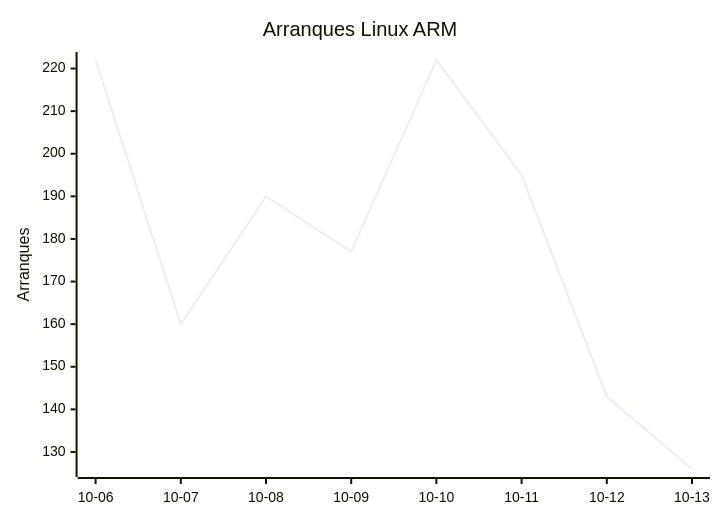
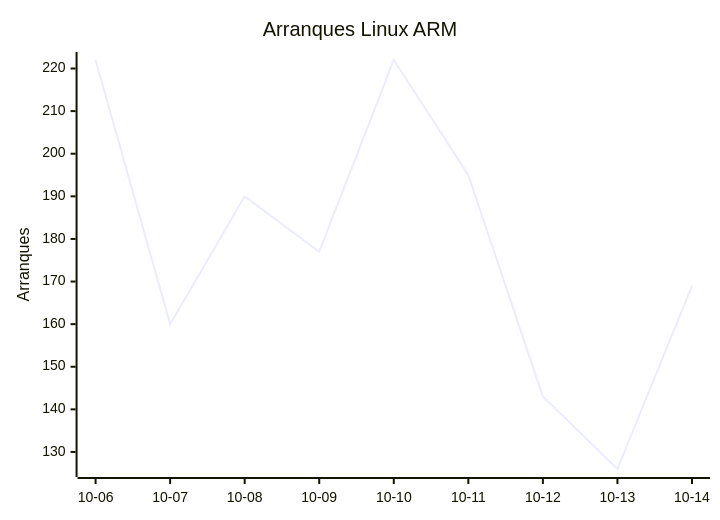
Before and after one commit to EmuDeck/stats: the second of 8 diagrams in README.md, drawn with Mermaid. The commit also changed other lines of this file and 2 other files, not shown here.

````diff
--- a/README.md
+++ b/README.md
@@ -26,7 +26,7 @@
 ```mermaid
 xychart-beta
     title "Arranques Linux ARM"
-    x-axis ["10-06", "10-07", "10-08", "10-09", "10-10", "10-11", "10-12", "10-13"]
+    x-axis ["10-06", "10-07", "10-08", "10-09", "10-10", "10-11", "10-12", "10-13", "10-14"]
     y-axis "Arranques"
-    line [222, 160, 190, 177, 222, 195, 143, 126]
+    line [222, 160, 190, 177, 222, 195, 143, 126, 169]
 ```
````
